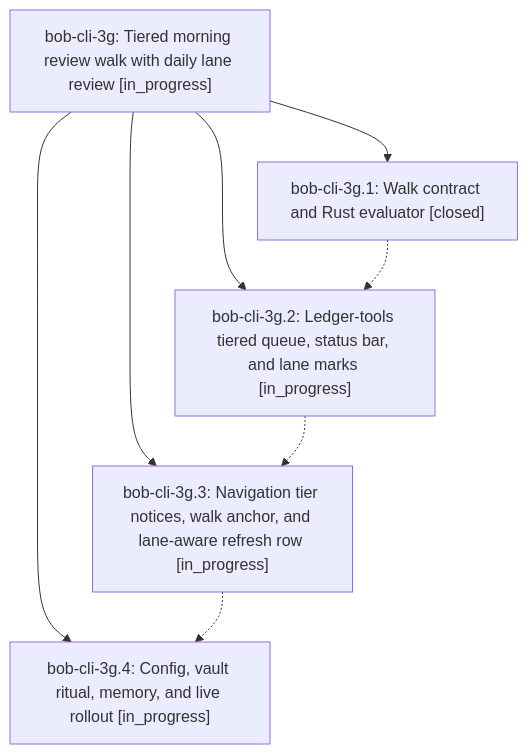
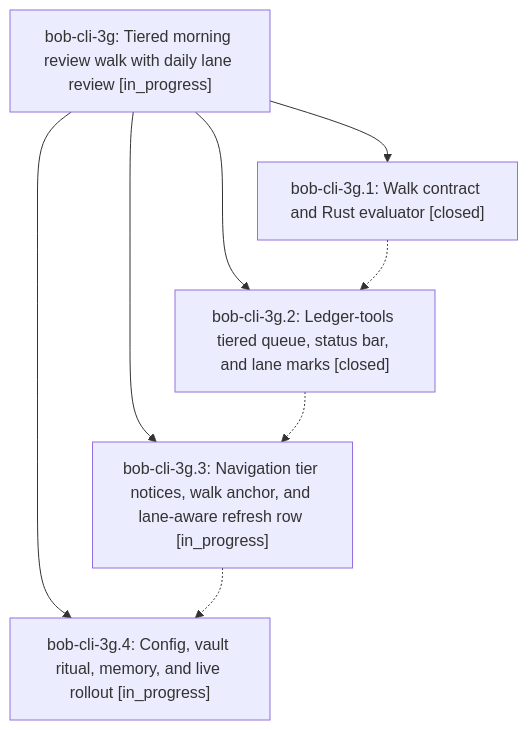
Before and after one commit to bobs-org/bob-cli--beads: the diagram in pages/bob-cli-3g/README.md, drawn with Mermaid. The commit also changed other lines of this file and 3 other files, not shown here.

First line of the commit message:
chore(beads): sync bead state and pages for bob-cli-3g

````diff
--- a/pages/bob-cli-3g/README.md
+++ b/pages/bob-cli-3g/README.md
@@ -25,15 +25,15 @@
 ```mermaid
 flowchart TD
     n0["bob-cli-3g: Tiered morning review walk with daily lane review [in_progress]"]
     n1["bob-cli-3g.1: Walk contract and Rust evaluator [closed]"]
-    n2["bob-cli-3g.2: Ledger-tools tiered queue, status bar, and lane marks [in_progress]"]
+    n2["bob-cli-3g.2: Ledger-tools tiered queue, status bar, and lane marks [closed]"]
     n3["bob-cli-3g.3: Navigation tier notices, walk anchor, and lane-aware refresh row [in_progress]"]
     n4["bob-cli-3g.4: Config, vault ritual, memory, and live rollout [in_progress]"]
     n0 --> n1
     n0 --> n2
     n0 --> n3
     n0 --> n4
     n1 -.-> n2
     n2 -.-> n3
     n3 -.-> n4
 ```
````
